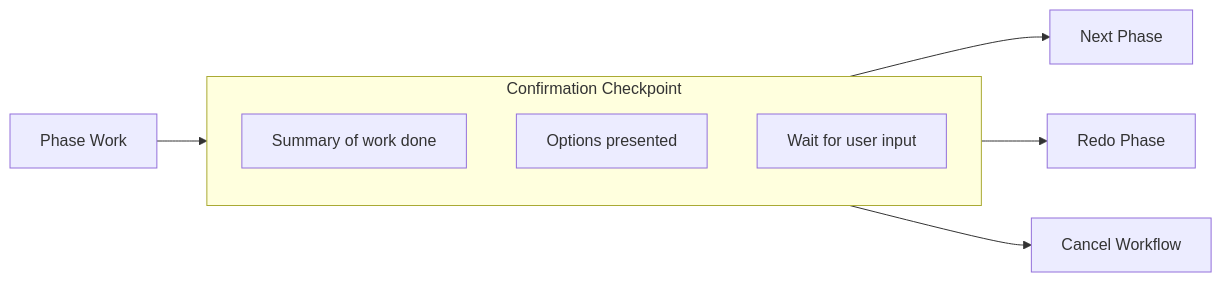
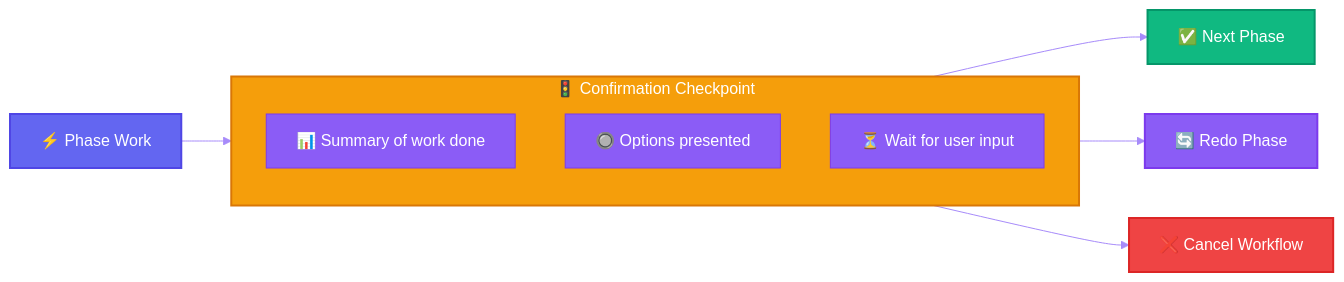
The third of 5 diagrams in patterns/07-wizard-workflows.md (ThibautMelen/agentic-ai-systems), drawn with Mermaid before and after one commit. The commit also changed other lines of this file and 7 other files, not shown here.

First line of the commit message:
style(diagrams): add vibrant colors to all Mermaid diagrams

````diff
--- a/patterns/07-wizard-workflows.md
+++ b/patterns/07-wizard-workflows.md
@@ -167,13 +174,20 @@
 ```mermaid
+%%{init: {'theme': 'base', 'themeVariables': { 'primaryColor': '#8b5cf6', 'primaryTextColor': '#ffffff', 'primaryBorderColor': '#7c3aed', 'lineColor': '#a78bfa'}}}%%
 flowchart LR
-    subgraph Checkpoint["Confirmation Checkpoint"]
-        S[Summary of work done]
-        O[Options presented]
-        W[Wait for user input]
+    subgraph Checkpoint["🚦 Confirmation Checkpoint"]
+        S[📊 Summary of work done]
+        O[🔘 Options presented]
+        W[⏳ Wait for user input]
     end
 
-    Work[Phase Work] --> Checkpoint
-    Checkpoint --> Next[Next Phase]
-    Checkpoint --> Redo[Redo Phase]
-    Checkpoint --> Cancel[Cancel Workflow]
+    Work[⚡ Phase Work]:::workNode --> Checkpoint
+    Checkpoint --> Next[✅ Next Phase]:::nextNode
+    Checkpoint --> Redo[🔄 Redo Phase]:::redoNode
+    Checkpoint --> Cancel[❌ Cancel Workflow]:::cancelNode
+
+    style Checkpoint fill:#f59e0b,stroke:#d97706,stroke-width:2px,color:#ffffff
+    classDef workNode fill:#6366f1,stroke:#4f46e5,stroke-width:2px,color:#ffffff
+    classDef nextNode fill:#10b981,stroke:#059669,stroke-width:2px,color:#ffffff
+    classDef redoNode fill:#8b5cf6,stroke:#7c3aed,stroke-width:2px,color:#ffffff
+    classDef cancelNode fill:#ef4444,stroke:#dc2626,stroke-width:2px,color:#ffffff
 ```
````
